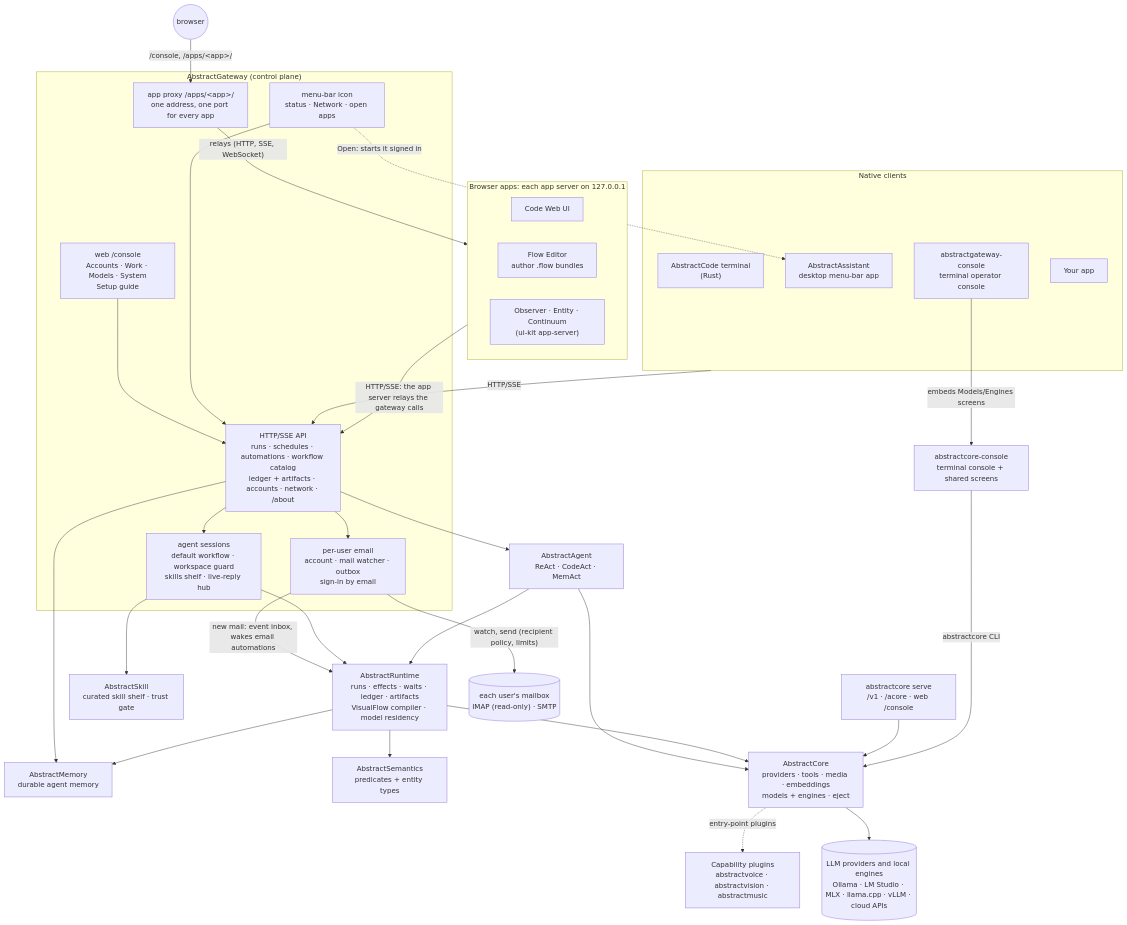
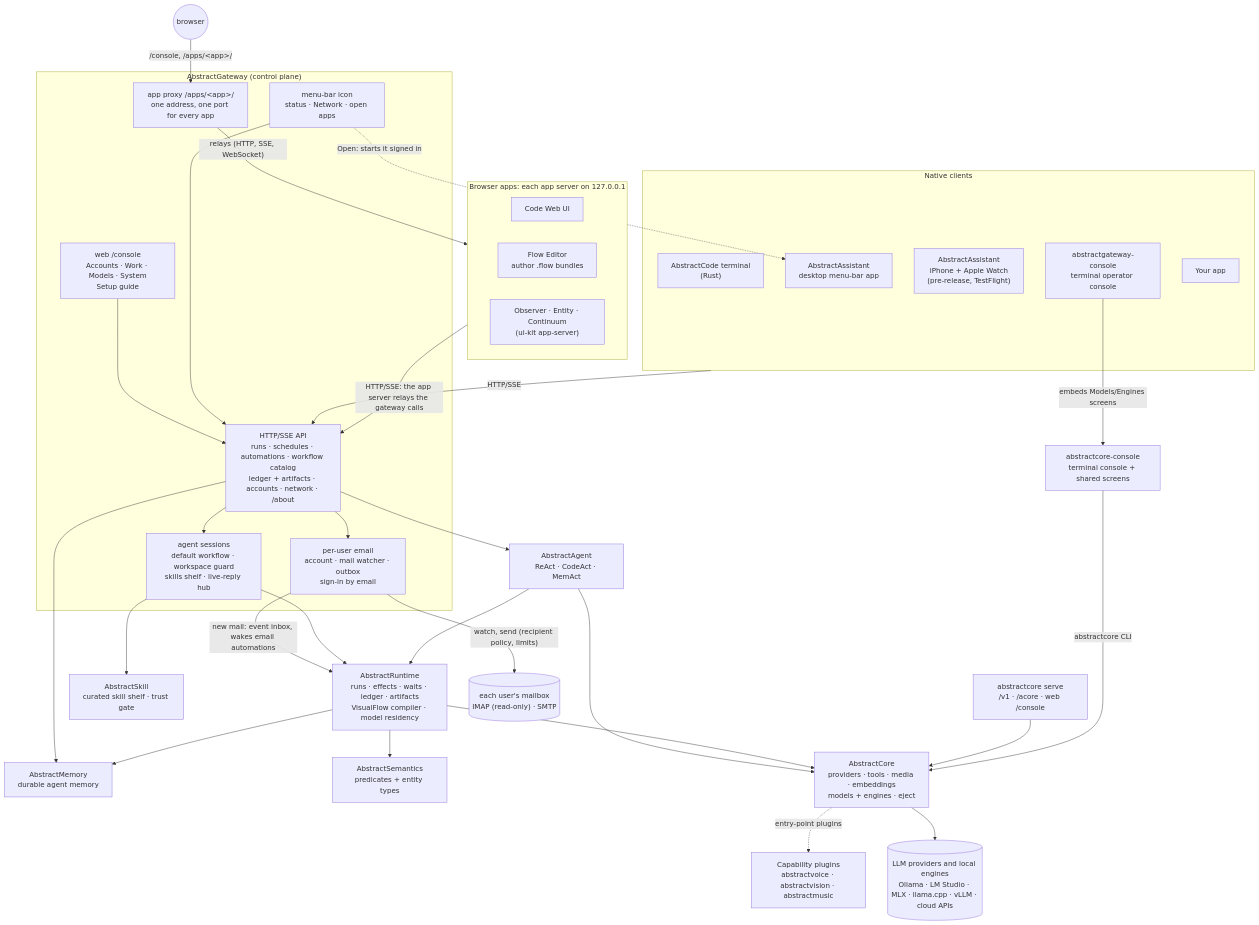
The first of 8 diagrams in docs/architecture.md (lpalbou/AbstractFramework), drawn with Mermaid before and after one commit. The commit also changed other lines of this file and 13 other files, not shown here.

````diff
--- a/docs/architecture.md
+++ b/docs/architecture.md
@@ -51,64 +51,65 @@
 ```mermaid
 flowchart TB
     subgraph CLIENTS["Native clients"]
         CODET["AbstractCode terminal<br/>(Rust)"]
         ASSIST["AbstractAssistant<br/>desktop menu-bar app"]
+        APPLE["AbstractAssistant<br/>iPhone + Apple Watch<br/>(pre-release, TestFlight)"]
         GCON["abstractgateway-console<br/>terminal operator console"]
         APP["Your app"]
     end
 
     BR(("browser"))
 
     subgraph BROWSER["Browser apps: each app server on 127.0.0.1"]
         CODEW["Code Web UI"]
         FLOWED["Flow Editor<br/>author .flow bundles"]
         UIAPPS["Observer · Entity · Continuum<br/>(ui-kit app-server)"]
     end
 
     subgraph GATEWAY["AbstractGateway (control plane)"]
         API["HTTP/SSE API<br/>runs · schedules · automations · workflow catalog<br/>ledger + artifacts · accounts · network · /about"]
         APXY["app proxy /apps/&lt;app&gt;/<br/>one address, one port for every app"]
         SESS["agent sessions<br/>default workflow · workspace guard<br/>skills shelf · live-reply hub"]
         WEB["web /console<br/>Accounts · Work · Models · System<br/>Setup guide"]
         TRAY["menu-bar icon<br/>status · Network · open apps"]
         MAIL["per-user email<br/>account · mail watcher · outbox<br/>sign-in by email"]
     end
 
     AGENT["AbstractAgent<br/>ReAct · CodeAct · MemAct"]
     RT["AbstractRuntime<br/>runs · effects · waits · ledger · artifacts<br/>VisualFlow compiler · model residency"]
     MEM["AbstractMemory<br/>durable agent memory"]
     SEM["AbstractSemantics<br/>predicates + entity types"]
     SKILL["AbstractSkill<br/>curated skill shelf · trust gate"]
     CORE["AbstractCore<br/>providers · tools · media · embeddings<br/>models + engines · eject"]
     PLUG["Capability plugins<br/>abstractvoice · abstractvision · abstractmusic"]
     CSRV["abstractcore serve<br/>/v1 · /acore · web /console"]
     CCON["abstractcore-console<br/>terminal console + shared screens"]
     PROV[("LLM providers and local engines<br/>Ollama · LM Studio · MLX · llama.cpp · vLLM · cloud APIs")]
     MBOX[("each user's mailbox<br/>IMAP (read-only) · SMTP")]
 
     CLIENTS -->|HTTP/SSE| API
     BR -->|"/console, /apps/&lt;app&gt;/"| APXY
     APXY -->|"relays (HTTP, SSE, WebSocket)"| BROWSER
     BROWSER -->|"HTTP/SSE: the app server relays the gateway calls"| API
     WEB --> API
     TRAY --> API
     TRAY -.->|"Open: starts it signed in"| ASSIST
     API --> SESS
     API --> MAIL
     MAIL -->|"new mail: event inbox, wakes email automations"| RT
     MAIL -->|"watch, send (recipient policy, limits)"| MBOX
     SESS --> SKILL
     SESS --> RT
     API --> AGENT
     API --> MEM
     AGENT --> RT
     AGENT --> CORE
     RT --> CORE
     RT --> MEM
     RT --> SEM
     CORE -.->|entry-point plugins| PLUG
     CORE --> PROV
     GCON -->|embeds Models/Engines screens| CCON
     CSRV --> CORE
     CCON -->|abstractcore CLI| CORE
 ```
````
